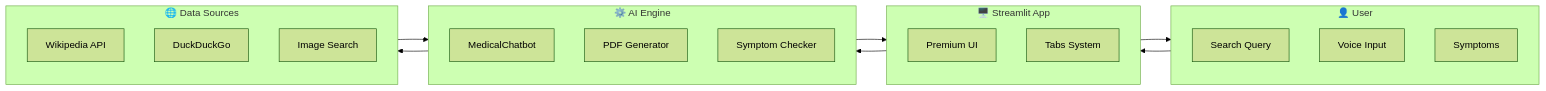
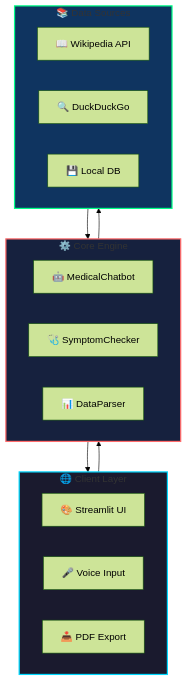
The first of 2 diagrams in README.md (shashankphenomeno111/Medical-ai-chatbot-Generative-Ai-), drawn with Mermaid (forest theme) before and after one commit. The commit also changed other lines of this file, not shown here.

````diff
--- a/README.md
+++ b/README.md
@@ -91,28 +197,32 @@
 ```mermaid
-flowchart LR
-    subgraph User["👤 User"]
-        Search[Search Query]
-        Voice[Voice Input]
-        Symptoms[Symptoms]
+flowchart TB
+    subgraph Client["🌐 Client Layer"]
+        direction LR
+        UI["🎨 Streamlit UI"]
+        Voice["🎤 Voice Input"]
+        PDF["📥 PDF Export"]
     end
     
-    subgraph App["🖥️ Streamlit App"]
-        UI[Premium UI]
-        Tabs[Tabs System]
+    subgraph Core["⚙️ Core Engine"]
+        direction LR
+        Bot["🤖 MedicalChatbot"]
+        Symptom["🩺 SymptomChecker"]
+        Parser["📊 DataParser"]
     end
     
-    subgraph Engine["⚙️ AI Engine"]
-        Chatbot[MedicalChatbot]
-        PDF[PDF Generator]
-        Checker[Symptom Checker]
+    subgraph Data["📚 Data Sources"]
+        direction LR
+        Wiki["📖 Wikipedia API"]
+        DDG["🔍 DuckDuckGo"]
+        Local["💾 Local DB"]
     end
     
-    subgraph Data["🌐 Data Sources"]
-        Wiki[Wikipedia API]
-        DDG[DuckDuckGo]
-        Img[Image Search]
-    end
+    Client --> Core
+    Core --> Data
+    Data --> Core
+    Core --> Client
     
-    User --> App --> Engine --> Data
-    Data --> Engine --> App --> User
+    style Client fill:#1a1a2e,stroke:#00d9ff,stroke-width:2px
+    style Core fill:#16213e,stroke:#ff6b6b,stroke-width:2px
+    style Data fill:#0f3460,stroke:#00ff88,stroke-width:2px
 ```
````
